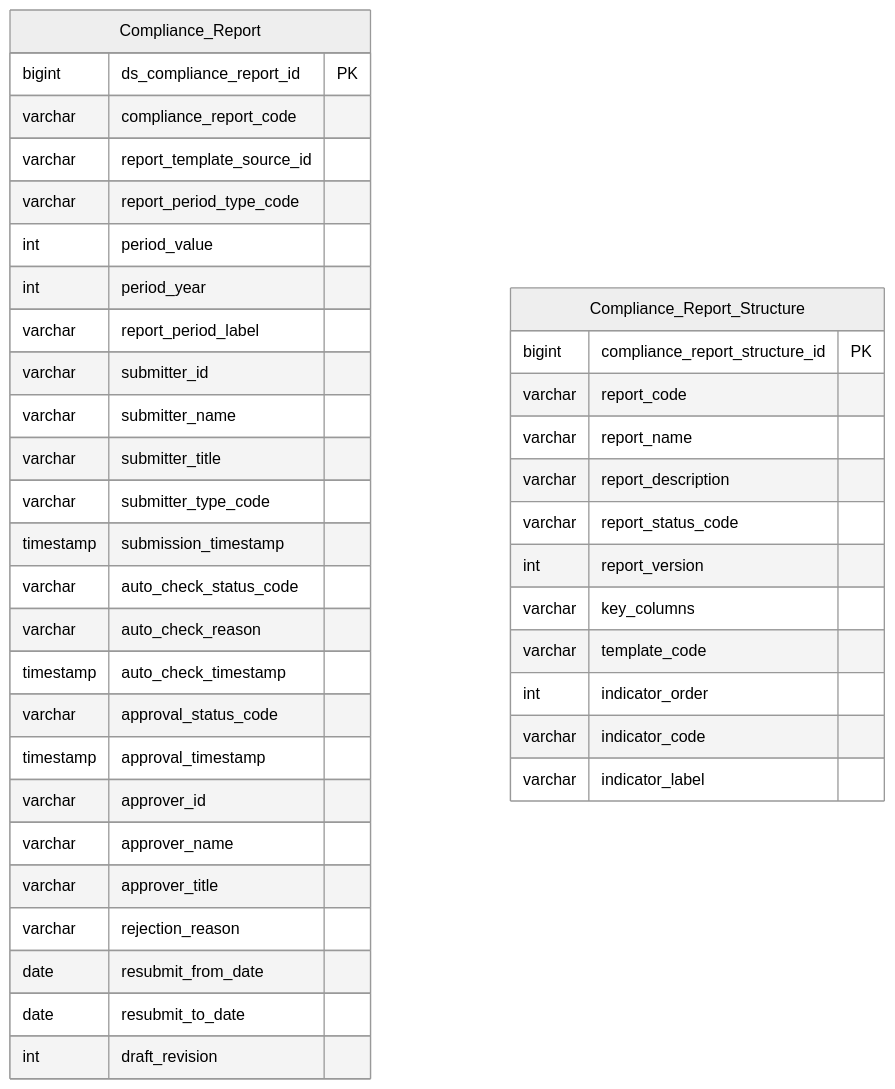
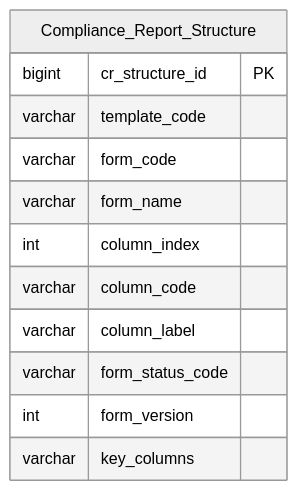
One commit to linhlvit/ubck_atomic_design changed the second of 2 diagrams in DataModel/working/Atomic/hld/TMS_HLD_Tier1.md. Above: the diagram before and after it, drawn with Mermaid (neutral theme). The commit also changed other lines of this file and 17 other files, not shown here.

````diff
--- a/DataModel/working/Atomic/hld/TMS_HLD_Tier1.md
+++ b/DataModel/working/Atomic/hld/TMS_HLD_Tier1.md
@@ -70,42 +40,15 @@
 ```mermaid
 erDiagram
-    Compliance_Report {
-        bigint ds_compliance_report_id PK
-        varchar compliance_report_code
-        varchar report_template_source_id
-        varchar report_period_type_code
-        int period_value
-        int period_year
-        varchar report_period_label
-        varchar submitter_id
-        varchar submitter_name
-        varchar submitter_title
-        varchar submitter_type_code
-        timestamp submission_timestamp
-        varchar auto_check_status_code
-        varchar auto_check_reason
-        timestamp auto_check_timestamp
-        varchar approval_status_code
-        timestamp approval_timestamp
-        varchar approver_id
-        varchar approver_name
-        varchar approver_title
-        varchar rejection_reason
-        date resubmit_from_date
-        date resubmit_to_date
-        int draft_revision
-    }
     Compliance_Report_Structure {
-        bigint compliance_report_structure_id PK
-        varchar report_code
-        varchar report_name
-        varchar report_description
-        varchar report_status_code
-        int report_version
+        bigint cr_structure_id PK
+        varchar template_code
+        varchar form_code
+        varchar form_name
+        int column_index
+        varchar column_code
+        varchar column_label
+        varchar form_status_code
+        int form_version
         varchar key_columns
-        varchar template_code
-        int indicator_order
-        varchar indicator_code
-        varchar indicator_label
     }
 ```
````
